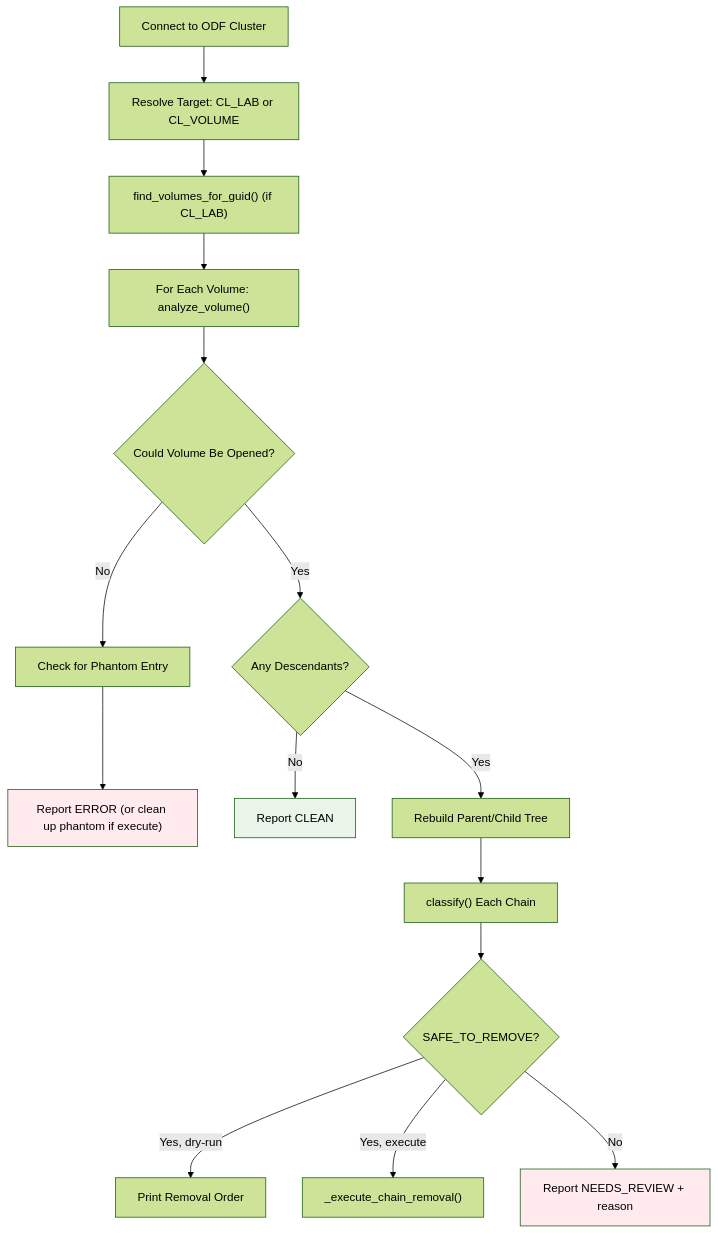
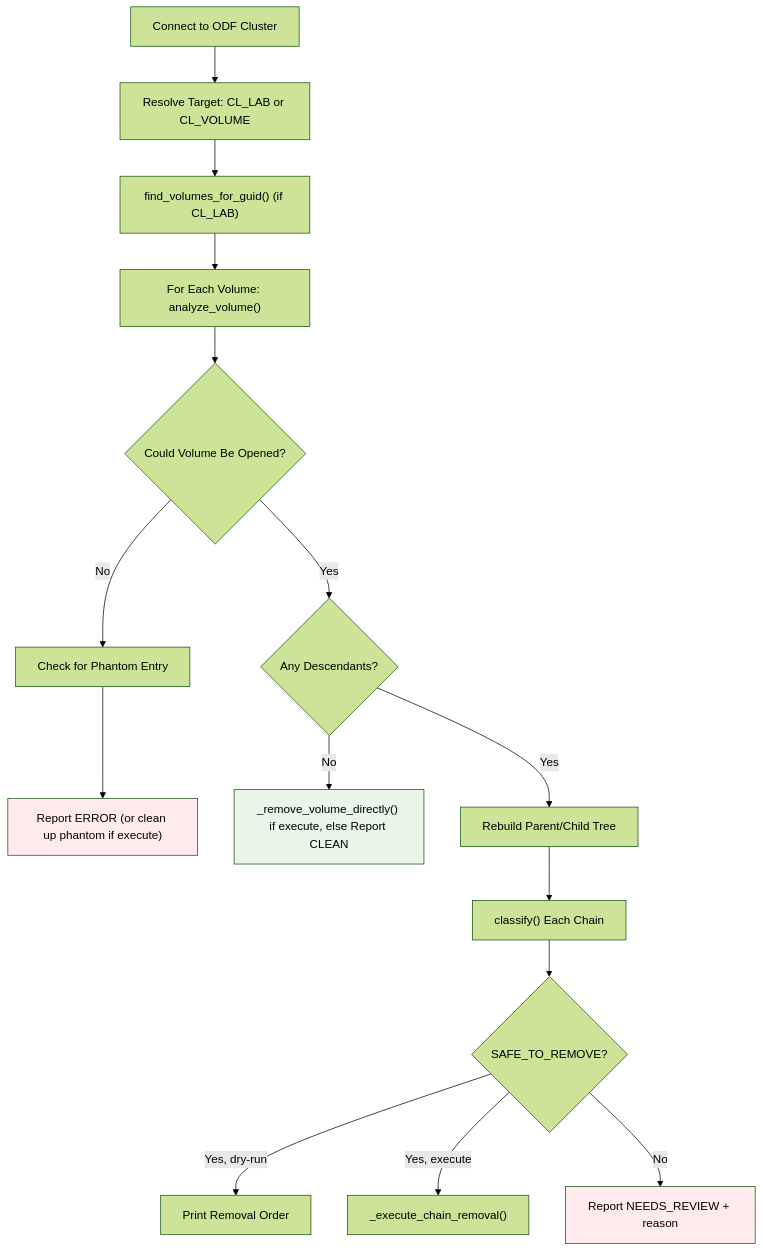
The diagram in Documentation/odf-descendant-reaper.md (yordangit/odf-cleanup), drawn with Mermaid (forest theme) before and after one commit. The commit also changed other lines of this file and 4 other files, not shown here.

````diff
--- a/Documentation/odf-descendant-reaper.md
+++ b/Documentation/odf-descendant-reaper.md
@@ -19,21 +19,21 @@
 ```mermaid
 graph TD
     A["Connect to ODF Cluster"] --> B["Resolve Target: CL_LAB or CL_VOLUME"]
     B --> C["find_volumes_for_guid() (if CL_LAB)"]
     C --> D["For Each Volume: analyze_volume()"]
     D --> E{"Could Volume Be Opened?"}
     E -->|"No"| F["Check for Phantom Entry"]
     F --> G["Report ERROR (or clean up phantom if execute)"]
     E -->|"Yes"| H{"Any Descendants?"}
-    H -->|"No"| I["Report CLEAN"]
+    H -->|"No"| I["_remove_volume_directly() if execute, else Report CLEAN"]
     H -->|"Yes"| J["Rebuild Parent/Child Tree"]
     J --> K["classify() Each Chain"]
     K --> L{"SAFE_TO_REMOVE?"}
     L -->|"Yes, dry-run"| M["Print Removal Order"]
     L -->|"Yes, execute"| N["_execute_chain_removal()"]
     L -->|"No"| O["Report NEEDS_REVIEW + reason"]
 
     style G fill:#ffebee
     style I fill:#e8f5e8
     style O fill:#ffebee
 ```
````
